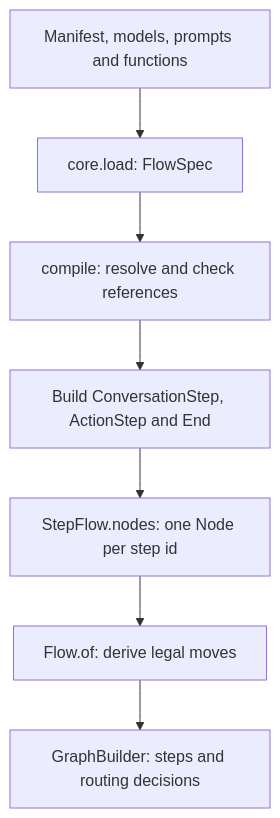
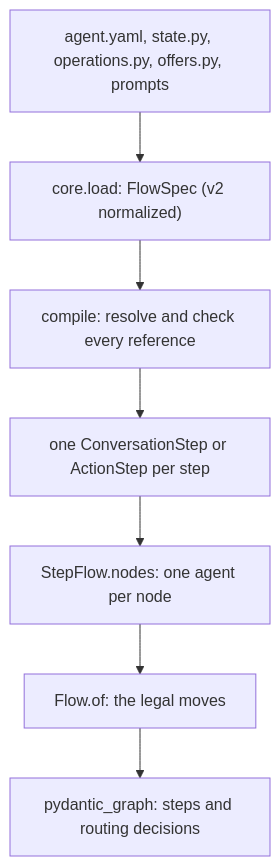
The second of 2 diagrams in docs/architecture/04-typed-flows-and-node-agents.md (slng-ai/unmute-beat), drawn with Mermaid before and after one commit. The commit also changed other lines of this file and 6 other files, not shown here.

First line of the commit message:
Explain the typed-node approach: README and architecture guide on the v2 salon

````diff
--- a/docs/architecture/04-typed-flows-and-node-agents.md
+++ b/docs/architecture/04-typed-flows-and-node-agents.md
@@ -136,9 +243,9 @@
 ```mermaid
 flowchart TD
-    Files["Manifest, models, prompts and functions"] --> Load["core.load: FlowSpec"]
-    Load --> Resolve["compile: resolve and check references"]
-    Resolve --> Steps["Build ConversationStep, ActionStep and End"]
-    Steps --> Nodes["StepFlow.nodes: one Node per step id"]
-    Nodes --> Routes["Flow.of: derive legal moves"]
-    Routes --> Graph["GraphBuilder: steps and routing decisions"]
+    Files["agent.yaml, state.py, operations.py, offers.py, prompts"] --> Load["core.load: FlowSpec (v2 normalized)"]
+    Load --> Resolve["compile: resolve and check every reference"]
+    Resolve --> Steps["one ConversationStep or ActionStep per step"]
+    Steps --> Nodes["StepFlow.nodes: one agent per node"]
+    Nodes --> Routes["Flow.of: the legal moves"]
+    Routes --> Graph["pydantic_graph: steps and routing decisions"]
 ```
````
